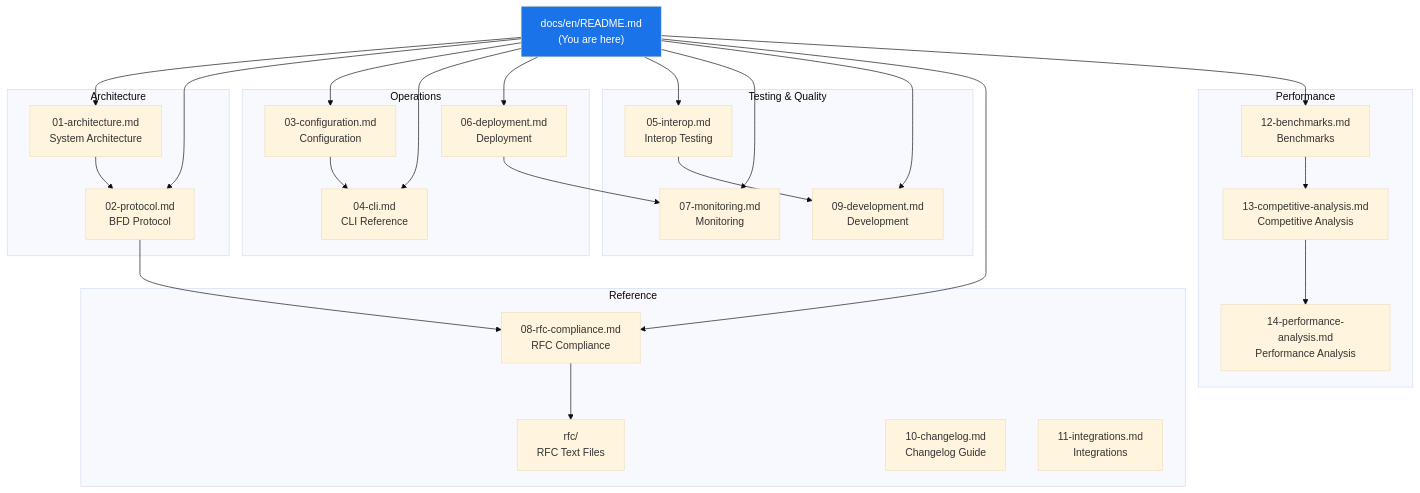
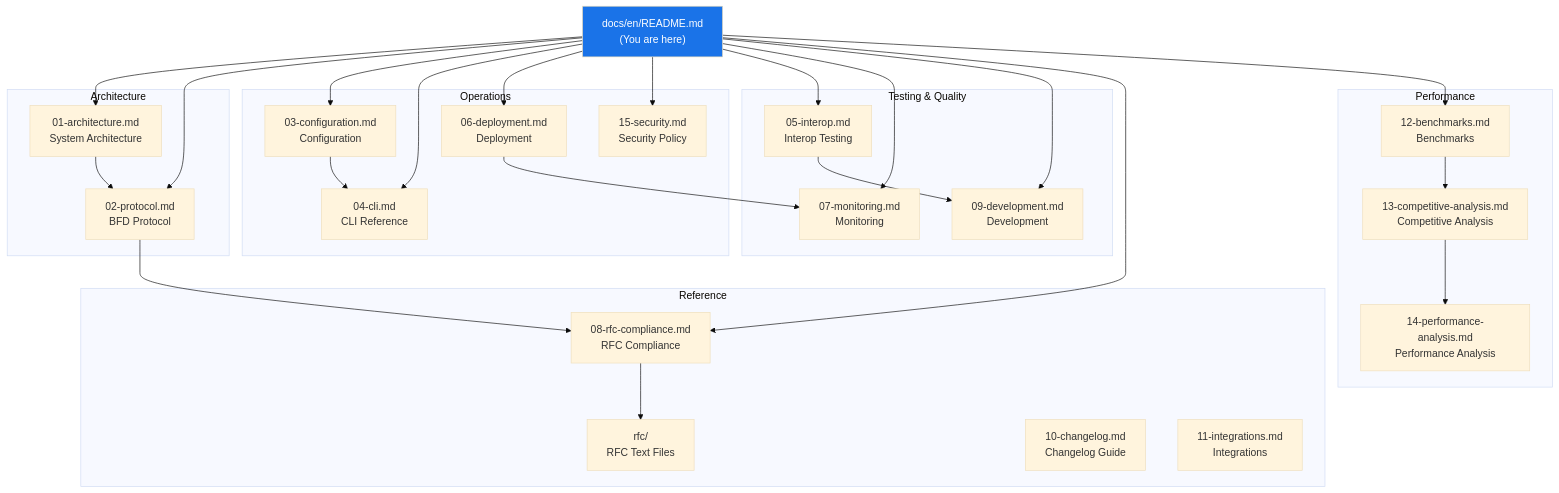
Before and after one commit to dantte-lp/gobfd: the diagram in docs/en/README.md, drawn with Mermaid (base theme). The commit also changed other lines of this file and 11 other files, not shown here.

Commit message:
docs(security): define production hardening policy

````diff
--- a/docs/en/README.md
+++ b/docs/en/README.md
@@ -14,56 +14,58 @@
 ```mermaid
 graph TD
     IDX["docs/en/README.md<br/>(You are here)"]
 
     subgraph "Architecture"
         A1["01-architecture.md<br/>System Architecture"]
         A2["02-protocol.md<br/>BFD Protocol"]
     end
 
     subgraph "Operations"
         B1["03-configuration.md<br/>Configuration"]
         B2["04-cli.md<br/>CLI Reference"]
         B3["06-deployment.md<br/>Deployment"]
+        B4["15-security.md<br/>Security Policy"]
     end
 
     subgraph "Testing & Quality"
         C1["05-interop.md<br/>Interop Testing"]
         C2["07-monitoring.md<br/>Monitoring"]
         C3["09-development.md<br/>Development"]
     end
 
     subgraph "Performance"
         E1["12-benchmarks.md<br/>Benchmarks"]
         E2["13-competitive-analysis.md<br/>Competitive Analysis"]
         E3["14-performance-analysis.md<br/>Performance Analysis"]
     end
 
     subgraph "Reference"
         D1["08-rfc-compliance.md<br/>RFC Compliance"]
         D2["rfc/<br/>RFC Text Files"]
         D3["10-changelog.md<br/>Changelog Guide"]
         D4["11-integrations.md<br/>Integrations"]
     end
 
     IDX --> A1
     IDX --> A2
     IDX --> B1
     IDX --> B2
     IDX --> B3
+    IDX --> B4
     IDX --> C1
     IDX --> C2
     IDX --> C3
     IDX --> D1
     IDX --> E1
 
     A1 --> A2
     A2 --> D1
     B1 --> B2
     B3 --> C2
     C1 --> C3
     D1 --> D2
     E1 --> E2
     E2 --> E3
 
     style IDX fill:#1a73e8,color:#fff
 ```
````
